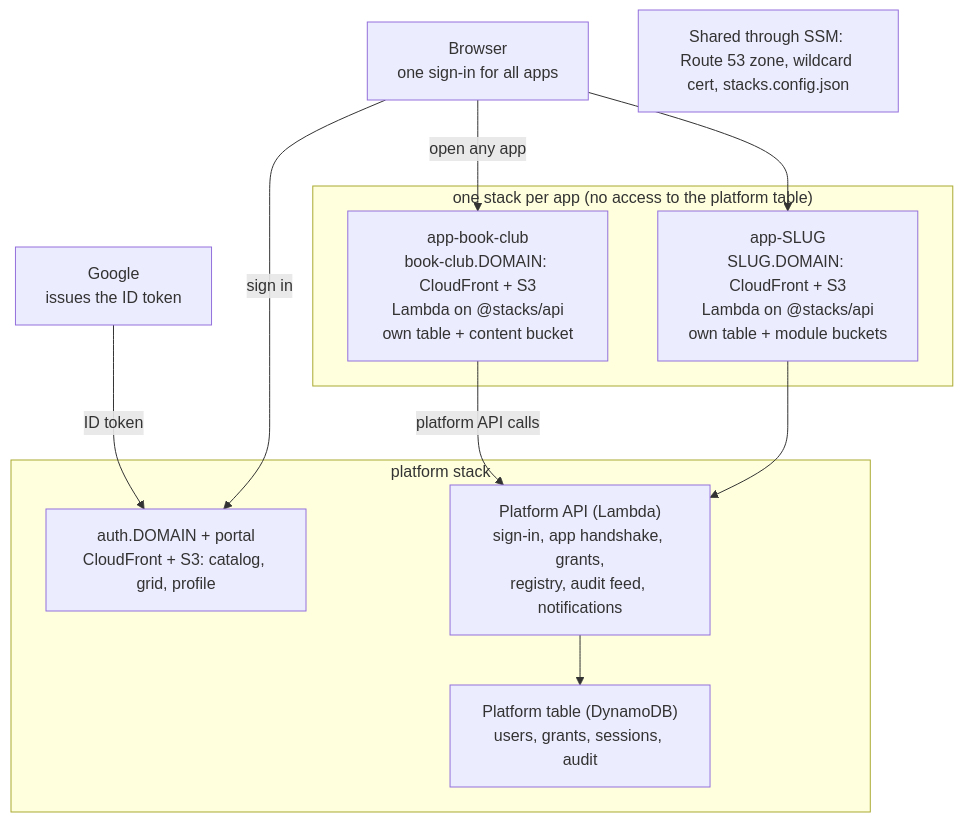
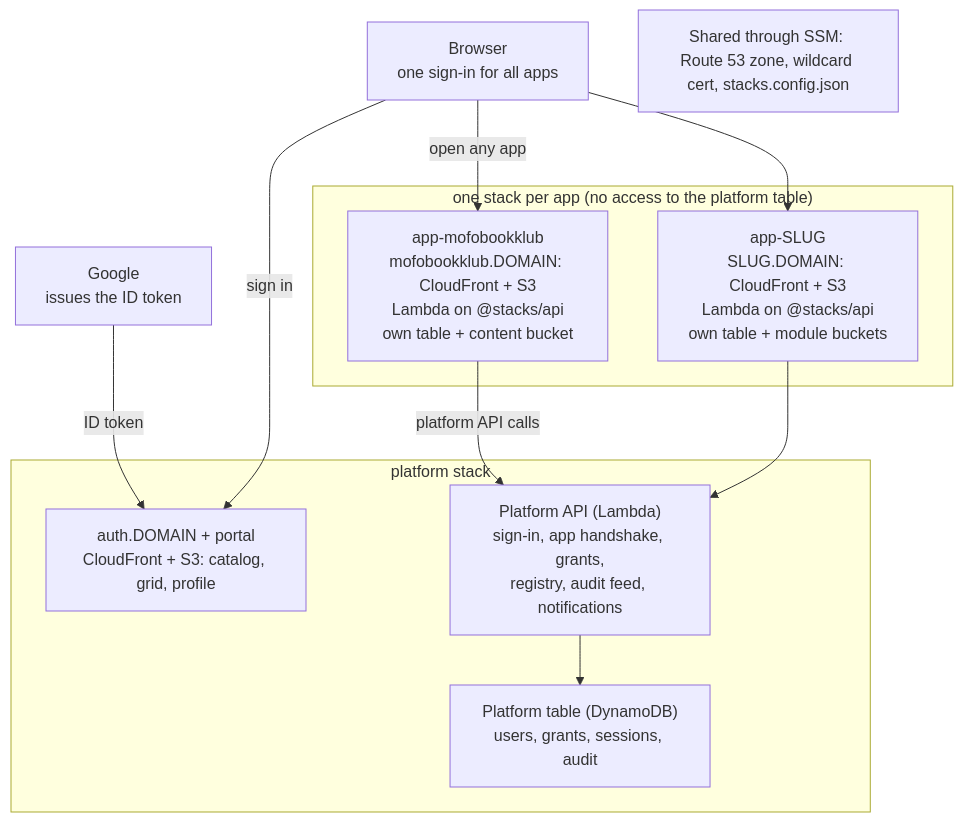
Before and after one commit to dashnash/stacks: the first of 2 diagrams in docs/PLATFORM_SPEC.md, drawn with Mermaid. The commit also changed other lines of this file and 139 other files, not shown here.

First line of the commit message:
Book Club keeps its address: slug mofobookklub, held in production until cut-over

````diff
--- a/docs/PLATFORM_SPEC.md
+++ b/docs/PLATFORM_SPEC.md
@@ -64,22 +64,22 @@
 ```mermaid
 flowchart TB
   G["Google<br/>issues the ID token"]
   B["Browser<br/>one sign-in for all apps"]
   subgraph P["platform stack"]
     PORTAL["auth.DOMAIN + portal<br/>CloudFront + S3: catalog, grid, profile"]
     API["Platform API (Lambda)<br/>sign-in, app handshake, grants,<br/>registry, audit feed, notifications"]
     T["Platform table (DynamoDB)<br/>users, grants, sessions, audit"]
   end
   subgraph A["one stack per app (no access to the platform table)"]
-    BC["app-book-club<br/>book-club.DOMAIN: CloudFront + S3<br/>Lambda on @stacks/api<br/>own table + content bucket"]
+    BC["app-mofobookklub<br/>mofobookklub.DOMAIN: CloudFront + S3<br/>Lambda on @stacks/api<br/>own table + content bucket"]
     AS["app-SLUG<br/>SLUG.DOMAIN: CloudFront + S3<br/>Lambda on @stacks/api<br/>own table + module buckets"]
   end
   S["Shared through SSM: Route 53 zone, wildcard cert, stacks.config.json"]
   G -- ID token --> PORTAL
   B -- sign in --> PORTAL
   B -- open any app --> BC
   B --> AS
   BC -- platform API calls --> API
   AS --> API
   API --> T
 ```
````
